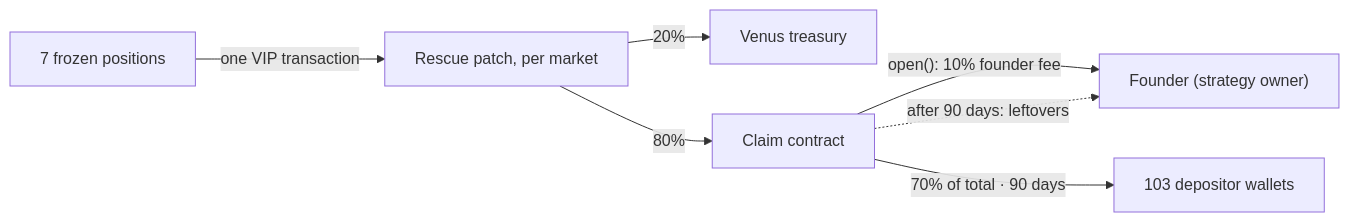
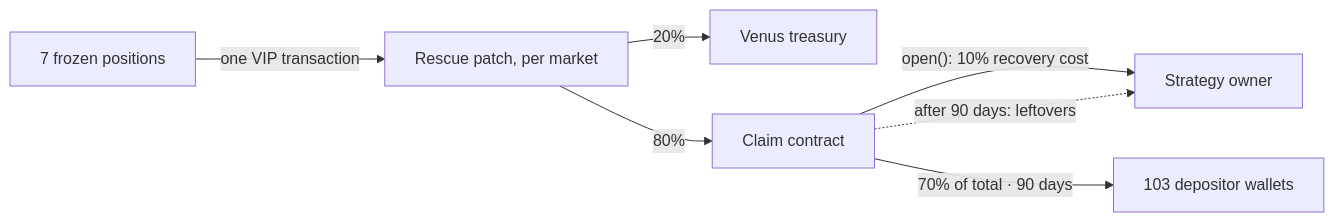
Before and after one commit to Lefgk/rake-venus-proposal-short: the second of 2 diagrams in PROPOSAL.md, drawn with Mermaid. The commit also changed other lines of this file and 2 other files, not shown here.

Commit message:
10% labelled recovery cost; announce in @forexsharkcalls

````diff
--- a/PROPOSAL.md
+++ b/PROPOSAL.md
@@ -47,9 +47,9 @@
 ```mermaid
 flowchart LR
     F["7 frozen positions"] -->|"one VIP transaction"| P["Rescue patch, per market"]
     P -->|"20%"| V["Venus treasury"]
     P -->|"80%"| C["Claim contract"]
-    C -->|"open(): 10% founder fee"| O["Founder (strategy owner)"]
+    C -->|"open(): 10% recovery cost"| O["Strategy owner"]
     C -->|"70% of total · 90 days"| D["103 depositor wallets"]
     C -.->|"after 90 days: leftovers"| O
 ```
````
